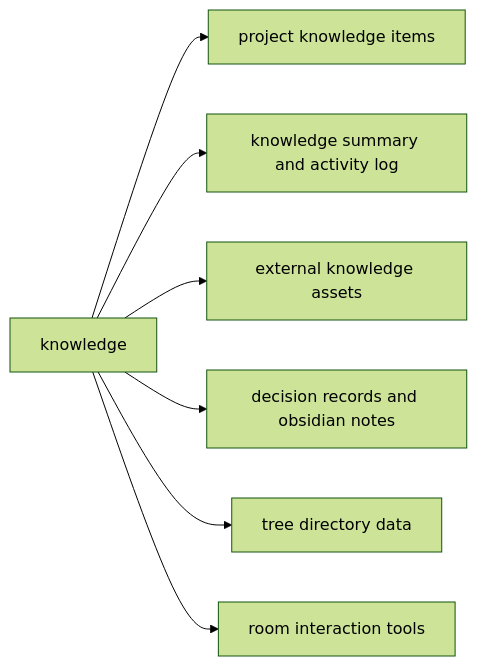
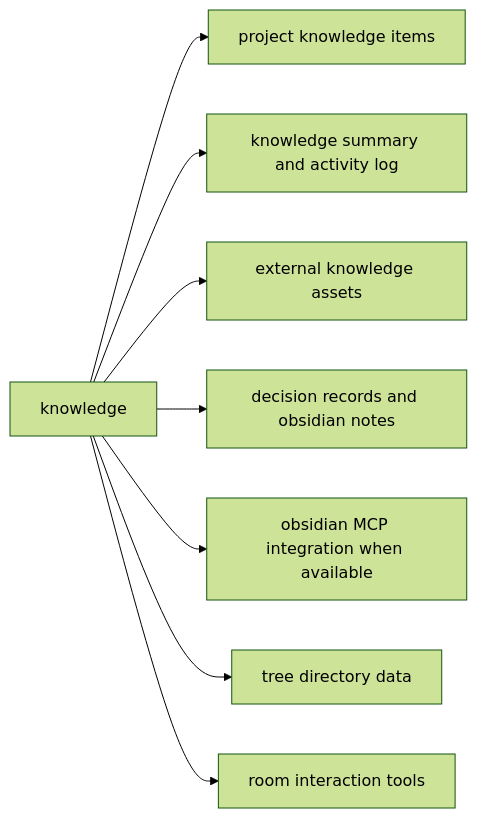
The eighth of 18 diagrams in docs/profile-mcp-tool-responsibility.md (ValidatorAI/W-ai), drawn with Mermaid (forest theme) before and after one commit. The commit also changed other lines of this file and 1 other file, not shown here.

Commit message:
knowledge profile also uses obisidian mcp

````diff
--- a/docs/profile-mcp-tool-responsibility.md
+++ b/docs/profile-mcp-tool-responsibility.md
@@ -321,9 +322,10 @@
 ```mermaid
 flowchart LR
 	P[knowledge] --> A[project knowledge items]
 	P --> B[knowledge summary and activity log]
 	P --> C[external knowledge assets]
 	P --> D[decision records and obsidian notes]
-	P --> E[tree directory data]
-	P --> F[room interaction tools]
+	P --> E[obsidian MCP integration when available]
+	P --> F[tree directory data]
+	P --> G[room interaction tools]
 ```
````
